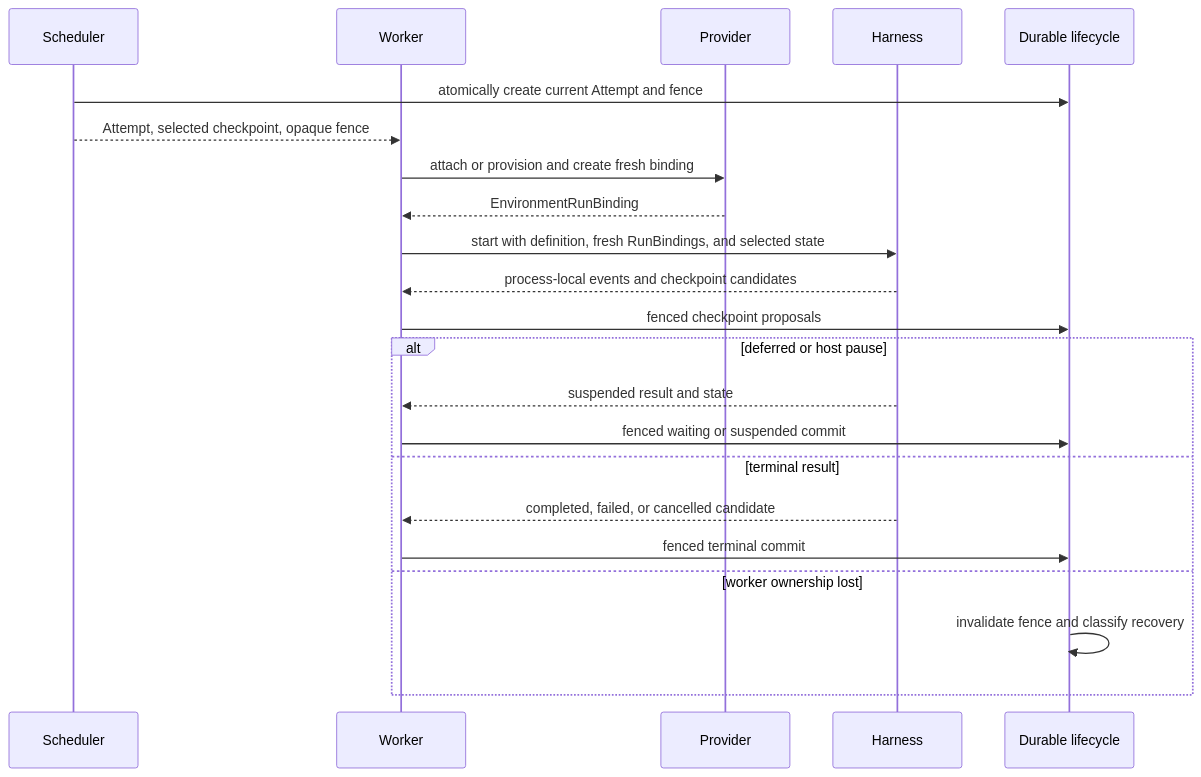
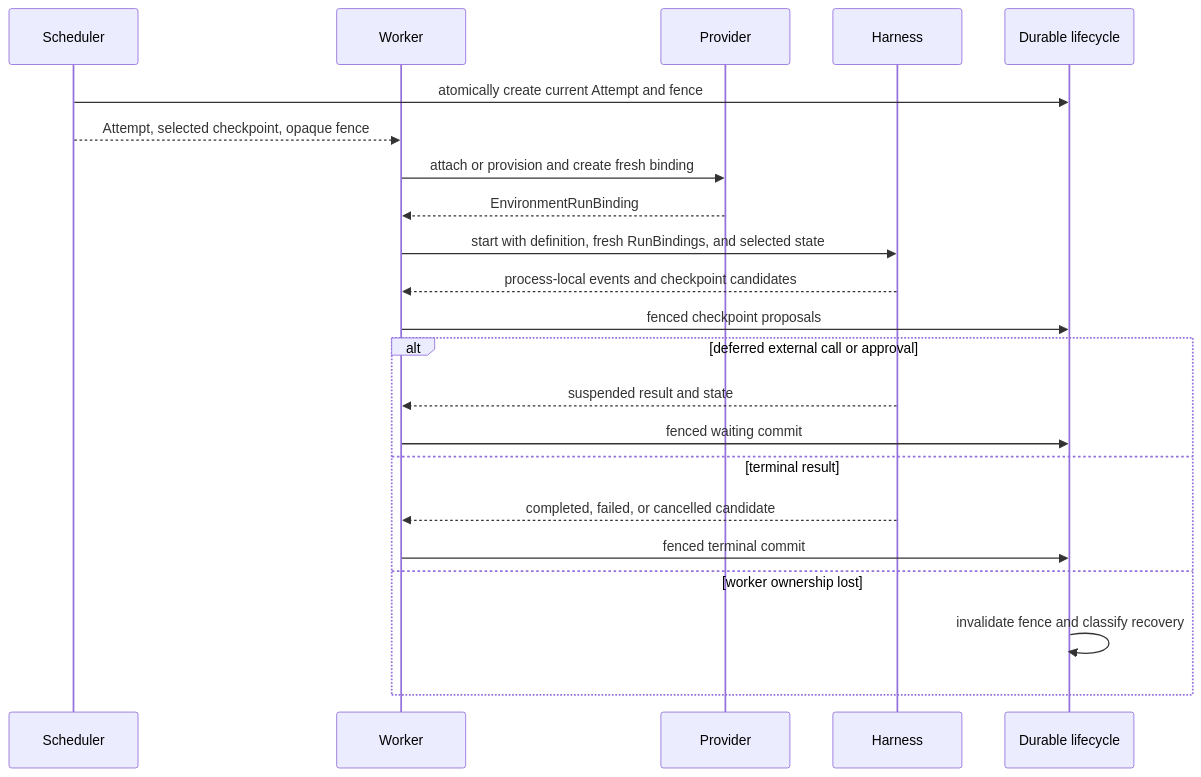
One commit to LTThreeComma/agent-foundation changed the third of 3 diagrams in spec/foundation-service/03-execution-lifecycle.md. Above: the diagram before and after it, drawn with Mermaid. The commit also changed other lines of this file and 31 other files, not shown here.

````diff
--- a/spec/foundation-service/03-execution-lifecycle.md
+++ b/spec/foundation-service/03-execution-lifecycle.md
@@ -266,25 +248,25 @@
 ```mermaid
 sequenceDiagram
     participant Scheduler
     participant Worker
     participant Provider
     participant Harness
     participant Store as Durable lifecycle
 
     Scheduler->>Store: atomically create current Attempt and fence
     Scheduler-->>Worker: Attempt, selected checkpoint, opaque fence
     Worker->>Provider: attach or provision and create fresh binding
     Provider-->>Worker: EnvironmentRunBinding
     Worker->>Harness: start with definition, fresh RunBindings, and selected state
     Harness-->>Worker: process-local events and checkpoint candidates
     Worker->>Store: fenced checkpoint proposals
-    alt deferred or host pause
+    alt deferred external call or approval
         Harness-->>Worker: suspended result and state
-        Worker->>Store: fenced waiting or suspended commit
+        Worker->>Store: fenced waiting commit
     else terminal result
         Harness-->>Worker: completed, failed, or cancelled candidate
         Worker->>Store: fenced terminal commit
     else worker ownership lost
         Store->>Store: invalidate fence and classify recovery
     end
 ```
````
